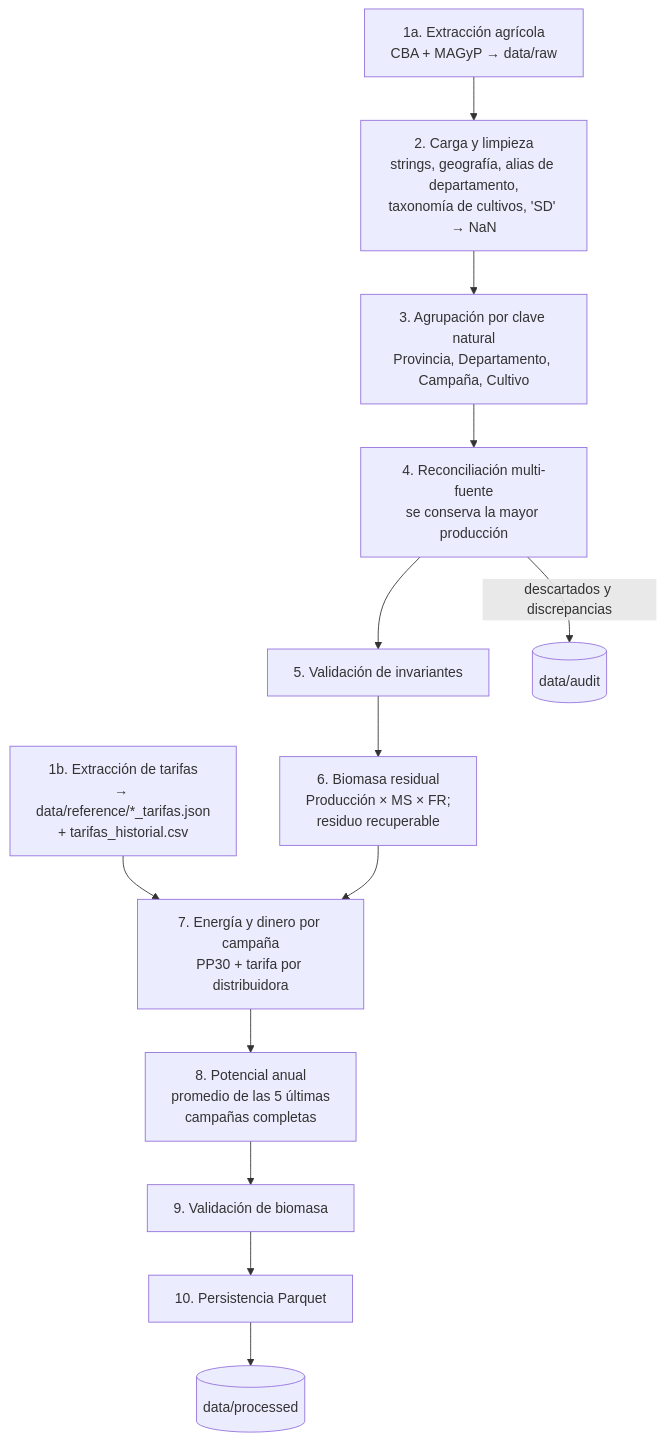
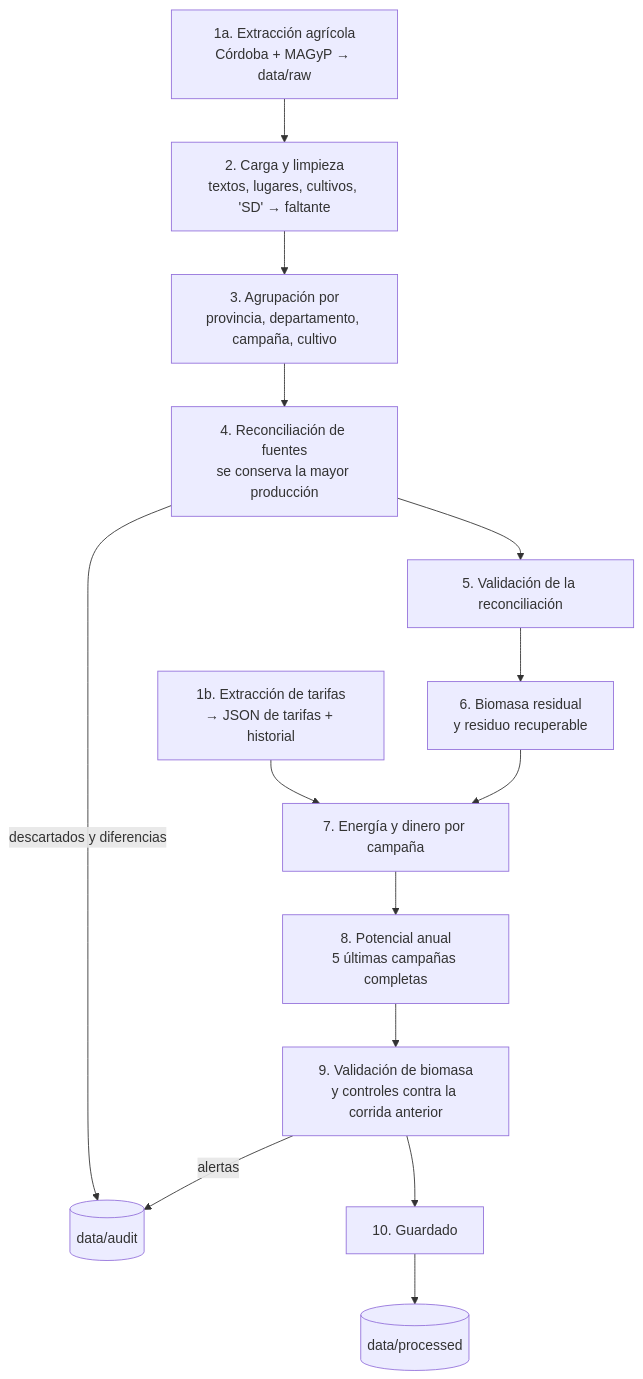
One commit to marcoeferro/SYNGAS-OPTIMIA-HV changed the second of 3 diagrams in docs/04_arquitectura/flujo_de_datos.md. Above: the diagram before and after it, drawn with Mermaid. The commit also changed other lines of this file and 4 other files, not shown here.

````diff
--- a/docs/04_arquitectura/flujo_de_datos.md
+++ b/docs/04_arquitectura/flujo_de_datos.md
@@ -5,15 +35,16 @@
 ```mermaid
 flowchart TD
-    A1[1a. Extracción agrícola<br/>CBA + MAGyP → data/raw] --> B
-    A2[1b. Extracción de tarifas<br/>→ data/reference/*_tarifas.json<br/>+ tarifas_historial.csv] --> G
-    B[2. Carga y limpieza<br/>strings, geografía, alias de departamento,<br/>taxonomía de cultivos, 'SD' → NaN] --> C
-    C[3. Agrupación por clave natural<br/>Provincia, Departamento, Campaña, Cultivo] --> D
-    D[4. Reconciliación multi-fuente<br/>se conserva la mayor producción] --> E
-    D -->|descartados y discrepancias| AUD[(data/audit)]
-    E[5. Validación de invariantes] --> F
-    F[6. Biomasa residual<br/>Producción × MS × FR;<br/>residuo recuperable] --> G
-    G[7. Energía y dinero por campaña<br/>PP30 + tarifa por distribuidora] --> H
-    H[8. Potencial anual<br/>promedio de las 5 últimas<br/>campañas completas] --> I
-    I[9. Validación de biomasa] --> J
-    J[10. Persistencia Parquet] --> OUT[(data/processed)]
+    A1[1a. Extracción agrícola<br/>Córdoba + MAGyP → data/raw] --> B
+    A2[1b. Extracción de tarifas<br/>→ JSON de tarifas + historial] --> G
+    B[2. Carga y limpieza<br/>textos, lugares, cultivos, 'SD' → faltante] --> C
+    C[3. Agrupación por<br/>provincia, departamento, campaña, cultivo] --> D
+    D[4. Reconciliación de fuentes<br/>se conserva la mayor producción] --> E
+    D -->|descartados y diferencias| AUD[(data/audit)]
+    E[5. Validación de la reconciliación] --> F
+    F[6. Biomasa residual<br/>y residuo recuperable] --> G
+    G[7. Energía y dinero por campaña] --> H
+    H[8. Potencial anual<br/>5 últimas campañas completas] --> I
+    I[9. Validación de biomasa<br/>y controles contra la corrida anterior] --> J
+    I -->|alertas| AUD
+    J[10. Guardado] --> OUT[(data/processed)]
 ```
````
